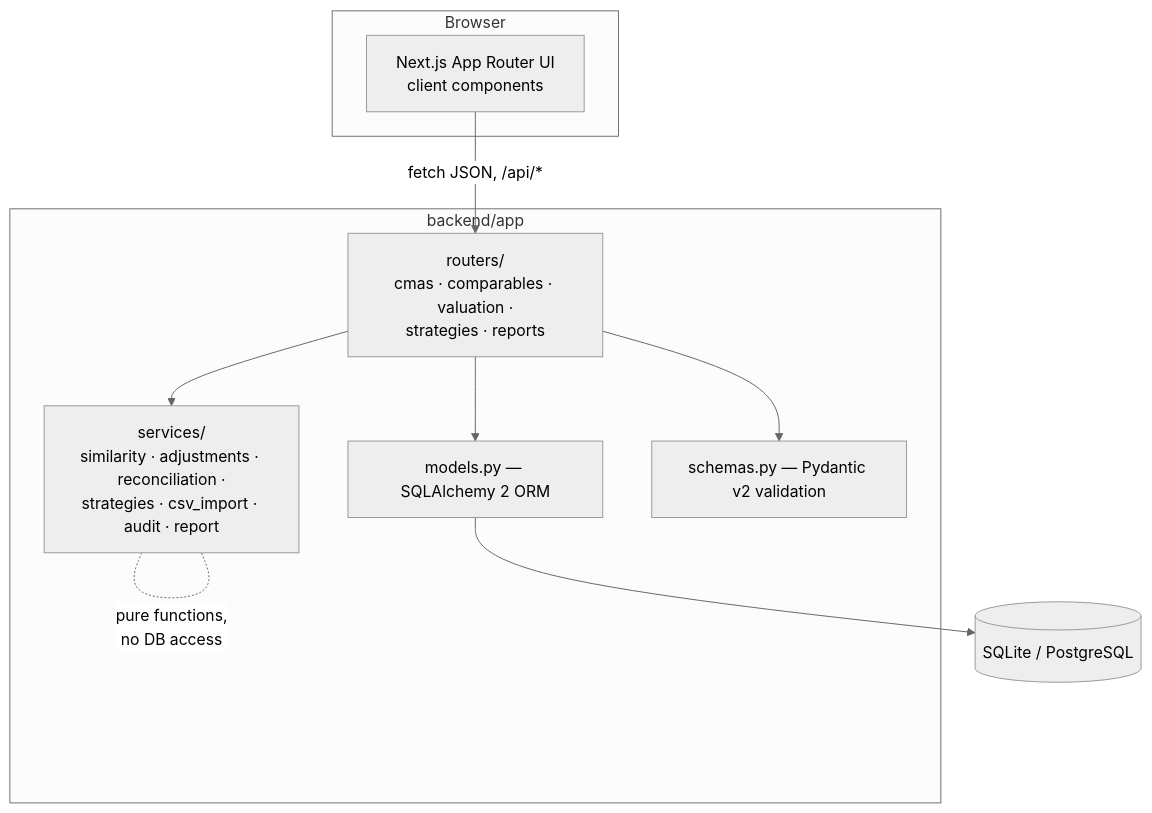
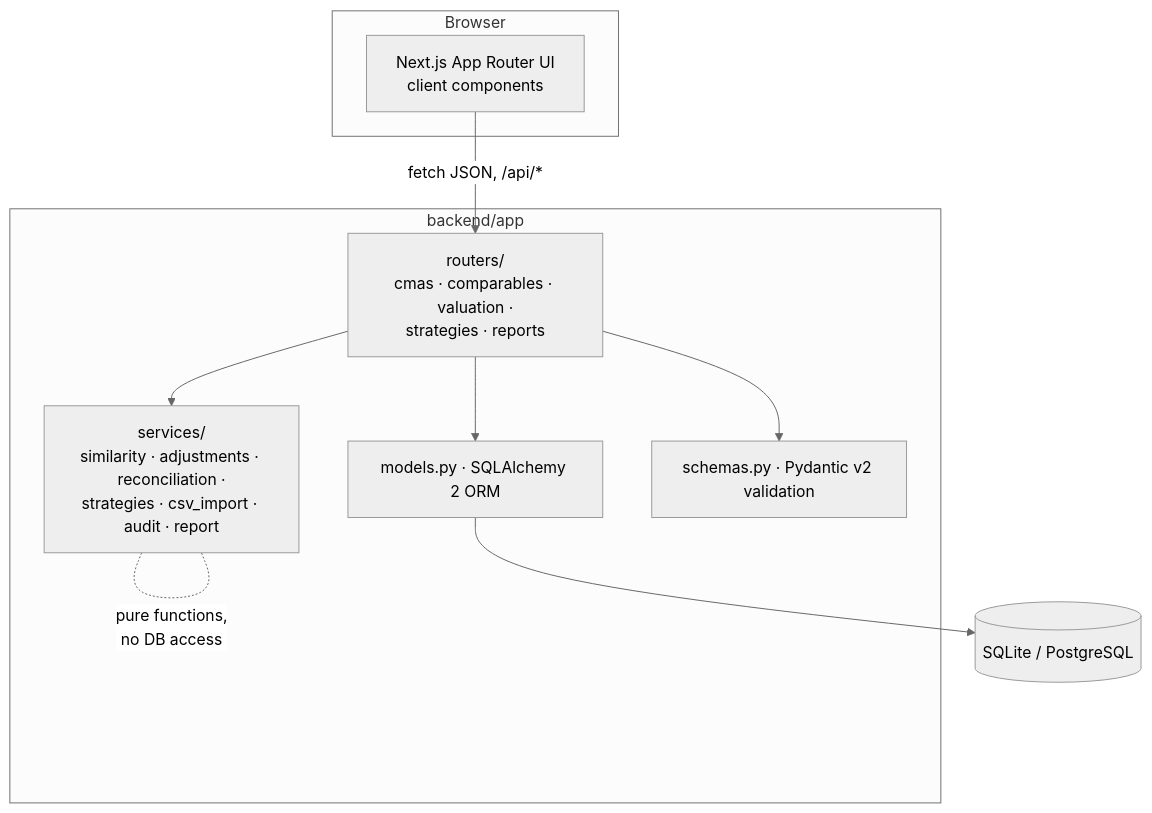
One commit to jonathanlan08/cma-decision-platform changed the first of 3 diagrams in docs/ARCHITECTURE.md. Above: the diagram before and after it, drawn with Mermaid (neutral theme). The commit also changed other lines of this file and 39 other files, not shown here.

````diff
--- a/docs/ARCHITECTURE.md
+++ b/docs/ARCHITECTURE.md
@@ -8,18 +8,18 @@
 ```mermaid
 flowchart TB
     subgraph Browser
         UI[Next.js App Router UI<br>client components]
     end
     subgraph "backend/app"
         R[routers/<br>cmas · comparables · valuation ·<br>strategies · reports]
         S[services/<br>similarity · adjustments · reconciliation ·<br>strategies · csv_import · audit · report]
-        M[models.py — SQLAlchemy 2 ORM]
-        P[schemas.py — Pydantic v2 validation]
+        M[models.py · SQLAlchemy 2 ORM]
+        P[schemas.py · Pydantic v2 validation]
     end
     DB[(SQLite / PostgreSQL)]
     UI -->|fetch JSON, /api/*| R
     R --> P
     R --> S
     R --> M --> DB
     S -.pure functions,<br>no DB access.- S
 ```
````
